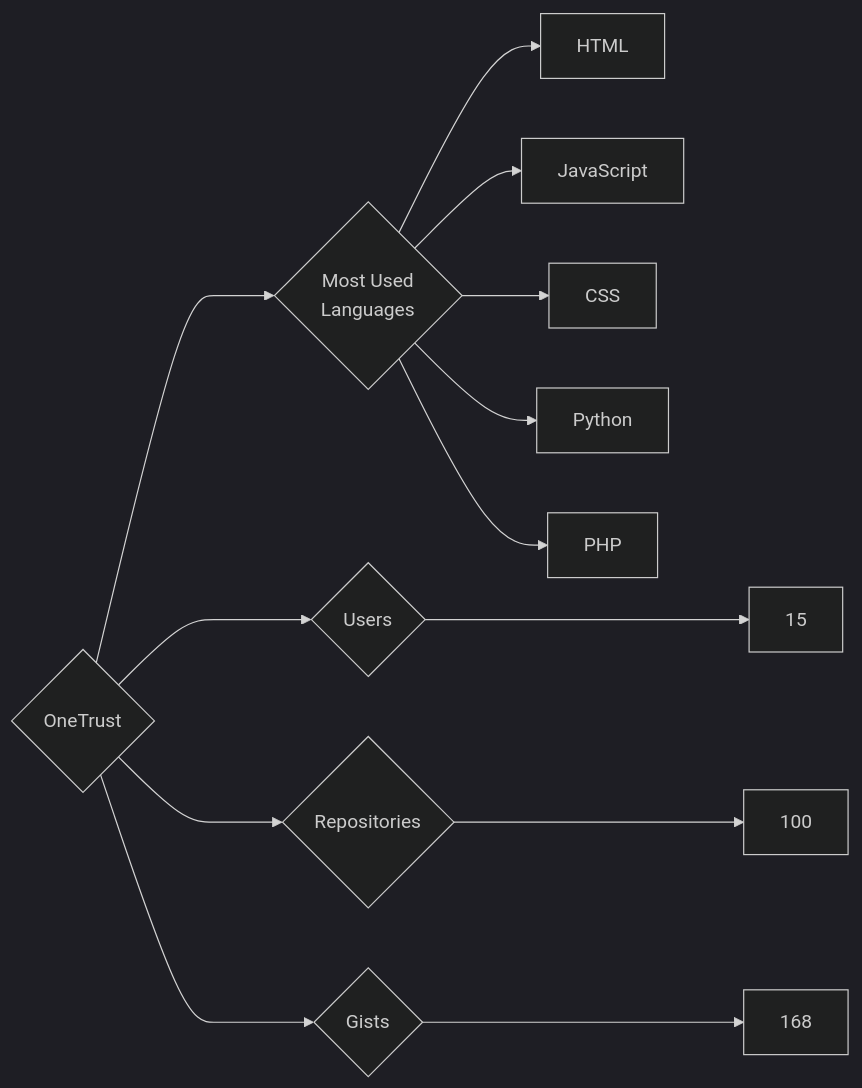
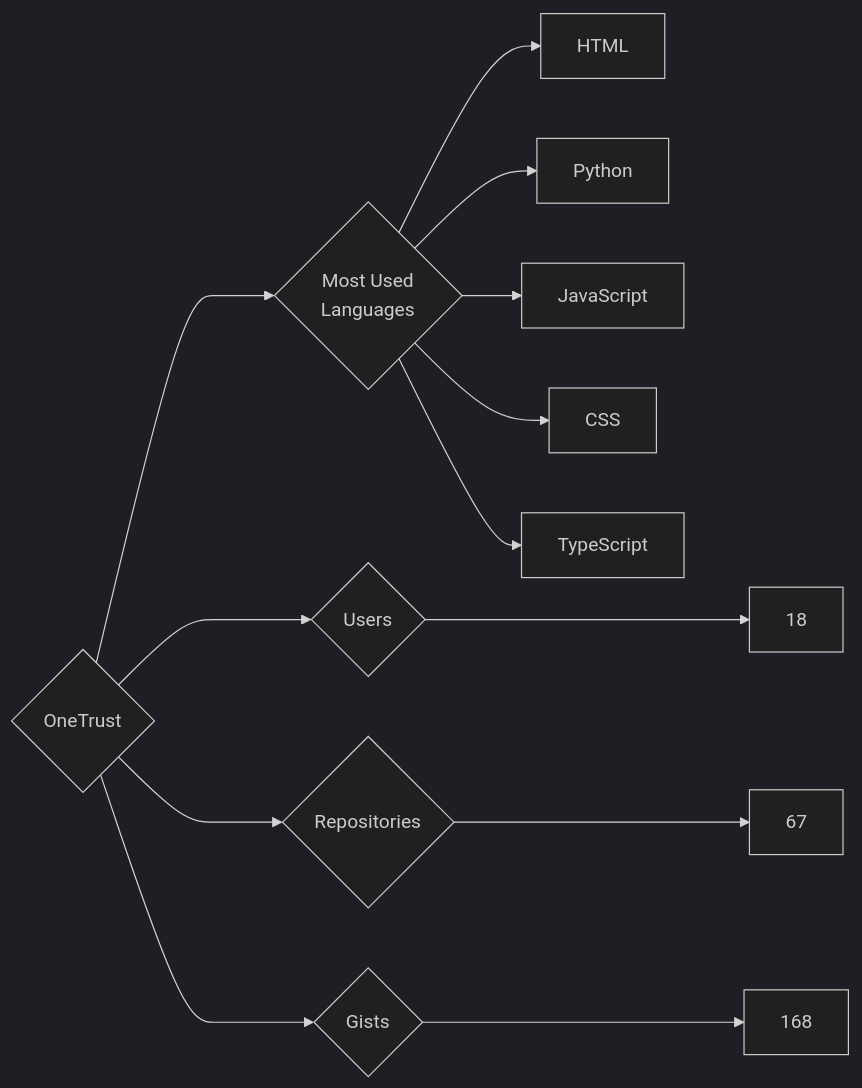
Before and after one commit to trickest/insiders: the diagram in targets/OneTrust/README.md, drawn with Mermaid (dark theme). The commit also changed 1011 other files, not shown here.

````diff
--- a/targets/OneTrust/README.md
+++ b/targets/OneTrust/README.md
@@ -3,13 +3,13 @@
 ```mermaid
 graph LR
 COMPANY_NAME{OneTrust}
-COMPANY_NAME ---> U{Users} ---> UN[15]
-COMPANY_NAME ---> R{Repositories} ---> RN[100]
+COMPANY_NAME ---> U{Users} ---> UN[18]
+COMPANY_NAME ---> R{Repositories} ---> RN[67]
 COMPANY_NAME ---> G{Gists} ---> GN[168]
 COMPANY_NAME ---> ML{Most Used<br>Languages}
 ML --> HTML[HTML]
+ML --> Python[Python]
 ML --> JavaScript[JavaScript]
 ML --> CSS[CSS]
-ML --> Python[Python]
-ML --> PHP[PHP]
+ML --> TypeScript[TypeScript]
 ```
````
